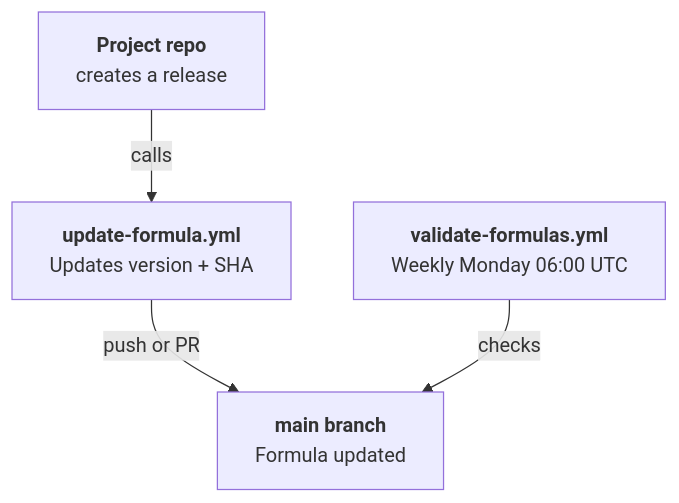
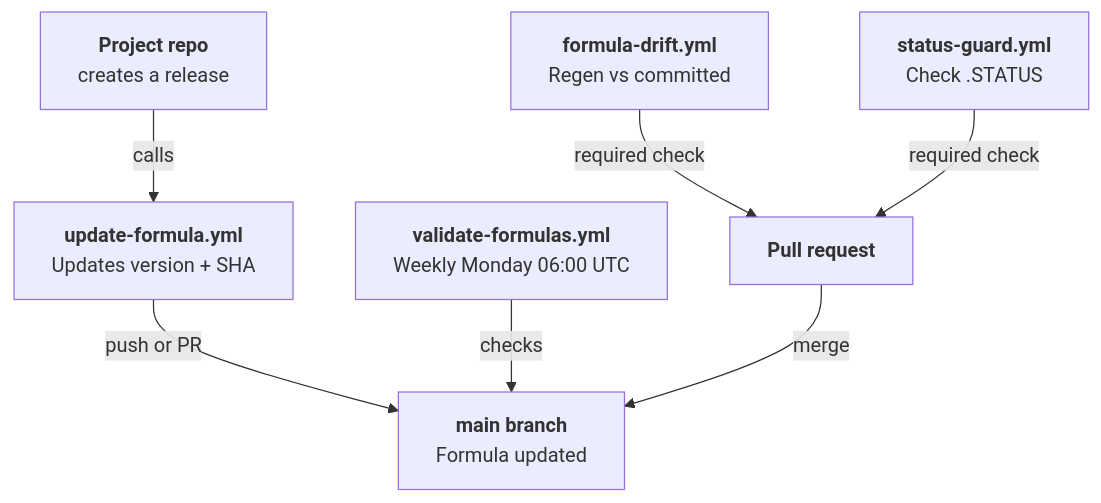
The diagram in docs/ci/index.md (Data-Wise/homebrew-tap), drawn with Mermaid before and after one commit. The commit also changed other lines of this file and 4 other files, not shown here.

First line of the commit message:
docs: publish formula-drift.yml and status-guard.yml on the CI site (#172)

````diff
--- a/docs/ci/index.md
+++ b/docs/ci/index.md
@@ -7,10 +7,15 @@
 ```mermaid
 flowchart TD
     R["`**Project repo**
     creates a release`"] -->|calls| U["`**update-formula.yml**
     Updates version + SHA`"]
     U -->|push or PR| M["`**main branch**
     Formula updated`"]
     V["`**validate-formulas.yml**
     Weekly Monday 06:00 UTC`"] -->|checks| M
+    D["`**formula-drift.yml**
+    Regen vs committed`"] -->|required check| PR["`**Pull request**`"]
+    S["`**status-guard.yml**
+    Check .STATUS`"] -->|required check| PR
+    PR -->|merge| M
 ```
````
